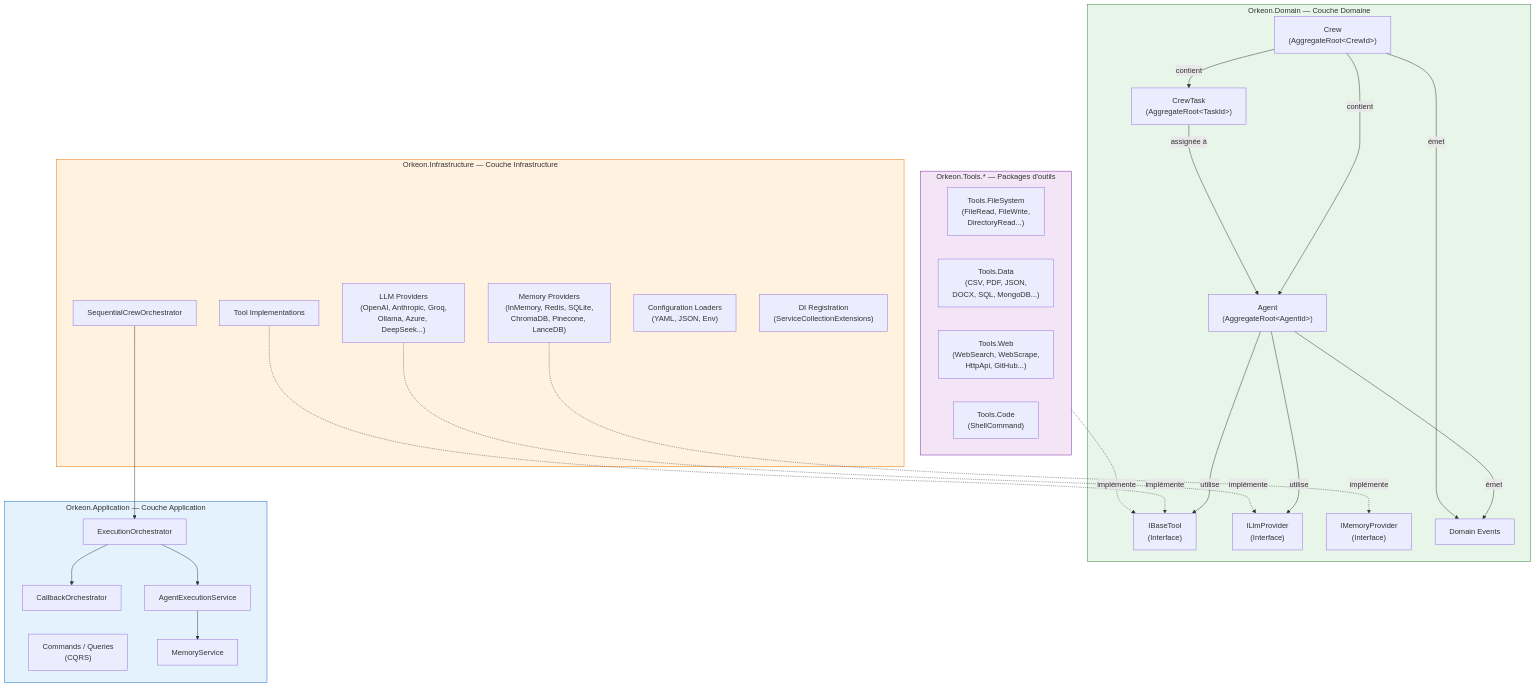
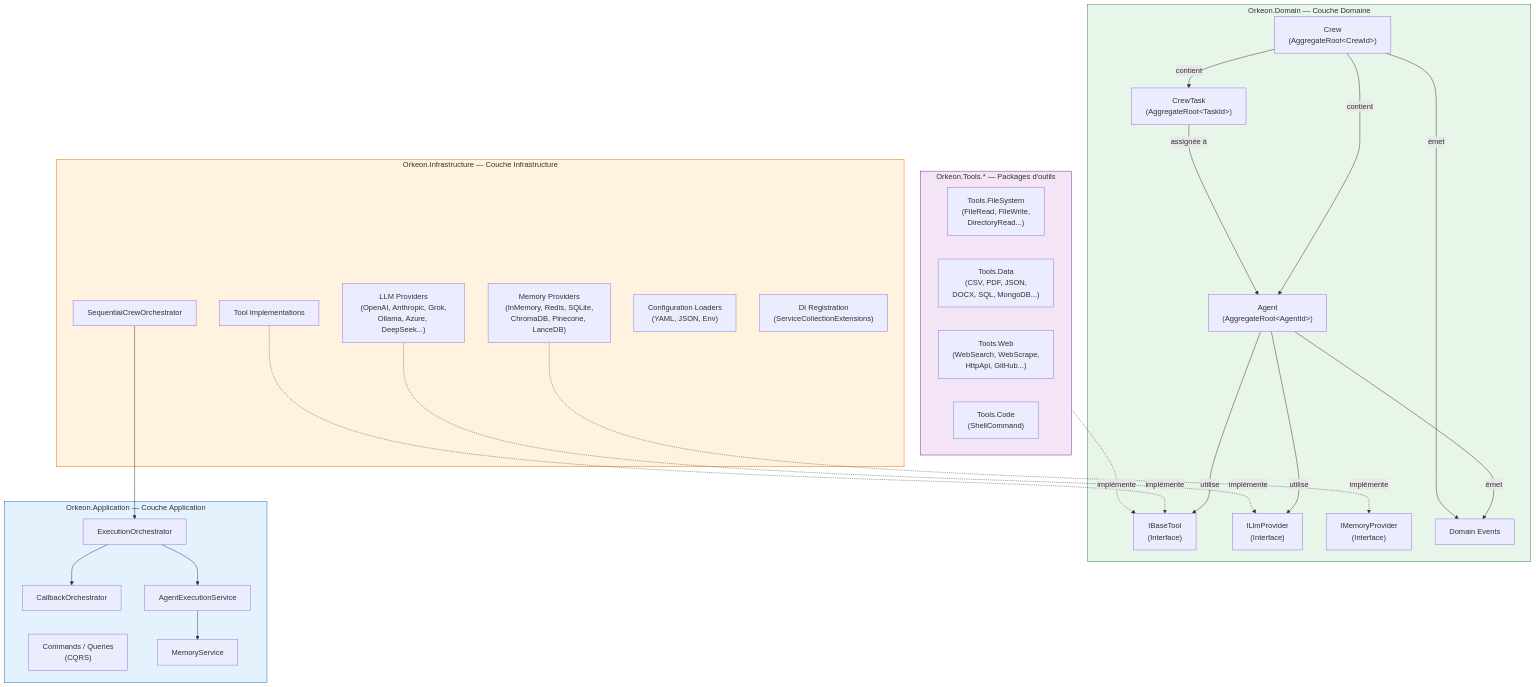
The diagram in docs/fr/getting-started/overview.md (Orkeon/orkeon), drawn with Mermaid before and after one commit. The commit also changed 69 other files, not shown here.

````diff
--- a/docs/fr/getting-started/overview.md
+++ b/docs/fr/getting-started/overview.md
@@ -15,60 +15,60 @@
 ```mermaid
 graph TB
     subgraph Domain["Orkeon.Domain — Couche Domaine"]
         Agent["Agent<br/>(AggregateRoot&lt;AgentId&gt;)"]
         CrewTask["CrewTask<br/>(AggregateRoot&lt;TaskId&gt;)"]
         Crew["Crew<br/>(AggregateRoot&lt;CrewId&gt;)"]
         ITool["IBaseTool<br/>(Interface)"]
         ILlm["ILlmProvider<br/>(Interface)"]
         IMem["IMemoryProvider<br/>(Interface)"]
         DomainEvents["Domain Events"]
 
         Crew -->|"contient"| Agent
         Crew -->|"contient"| CrewTask
         Agent -->|"utilise"| ITool
         Agent -->|"utilise"| ILlm
         CrewTask -->|"assignée à"| Agent
         Agent -->|"émet"| DomainEvents
         Crew -->|"émet"| DomainEvents
     end
 
     subgraph Application["Orkeon.Application — Couche Application"]
         Orchestrator["ExecutionOrchestrator"]
         CQRS["Commands / Queries<br/>(CQRS)"]
         CallbackOrch["CallbackOrchestrator"]
         MemService["MemoryService"]
         AgentExec["AgentExecutionService"]
 
         Orchestrator --> AgentExec
         Orchestrator --> CallbackOrch
         AgentExec --> MemService
     end
 
     subgraph Infrastructure["Orkeon.Infrastructure — Couche Infrastructure"]
         SeqOrch["SequentialCrewOrchestrator"]
-        LlmProviders["LLM Providers<br/>(OpenAI, Anthropic, Groq,<br/>Ollama, Azure, DeepSeek...)"]
+        LlmProviders["LLM Providers<br/>(OpenAI, Anthropic, Grok,<br/>Ollama, Azure, DeepSeek...)"]
         MemProviders["Memory Providers<br/>(InMemory, Redis, SQLite,<br/>ChromaDB, Pinecone, LanceDB)"]
         ToolImpl["Tool Implementations"]
         Config["Configuration Loaders<br/>(YAML, JSON, Env)"]
         DI["DI Registration<br/>(ServiceCollectionExtensions)"]
 
         SeqOrch --> Orchestrator
         LlmProviders -.->|"implémente"| ILlm
         MemProviders -.->|"implémente"| IMem
         ToolImpl -.->|"implémente"| ITool
     end
 
     subgraph Tools["Orkeon.Tools.* — Packages d'outils"]
         ToolsFS["Tools.FileSystem<br/>(FileRead, FileWrite,<br/>DirectoryRead...)"]
         ToolsData["Tools.Data<br/>(CSV, PDF, JSON,<br/>DOCX, SQL, MongoDB...)"]
         ToolsWeb["Tools.Web<br/>(WebSearch, WebScrape,<br/>HttpApi, GitHub...)"]
         ToolsCode["Tools.Code<br/>(ShellCommand)"]
     end
 
     Tools -.->|"implémente"| ITool
 
     style Domain fill:#e8f5e9,stroke:#2e7d32
     style Application fill:#e3f2fd,stroke:#1565c0
     style Infrastructure fill:#fff3e0,stroke:#ef6c00
     style Tools fill:#f3e5f5,stroke:#7b1fa2
 ```
````
